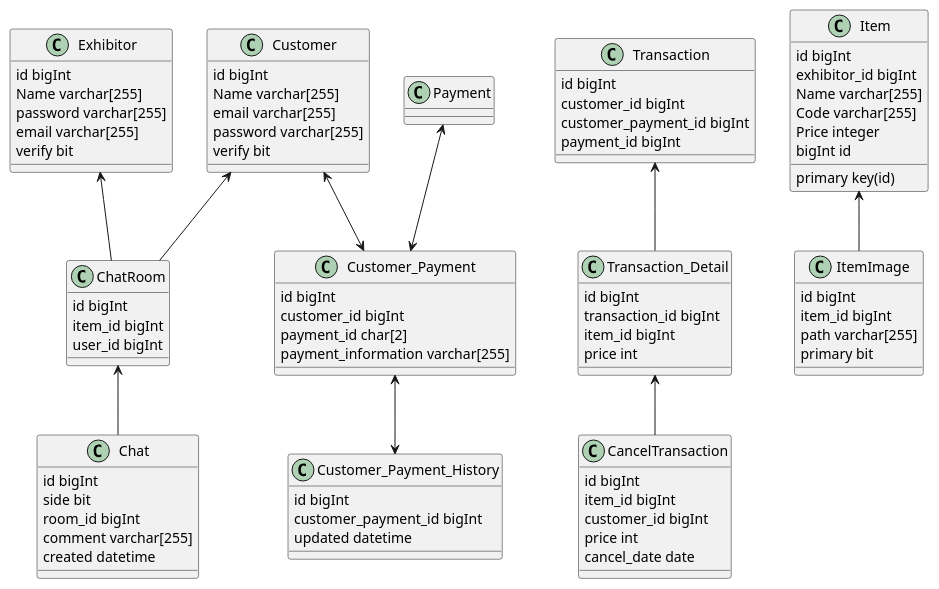
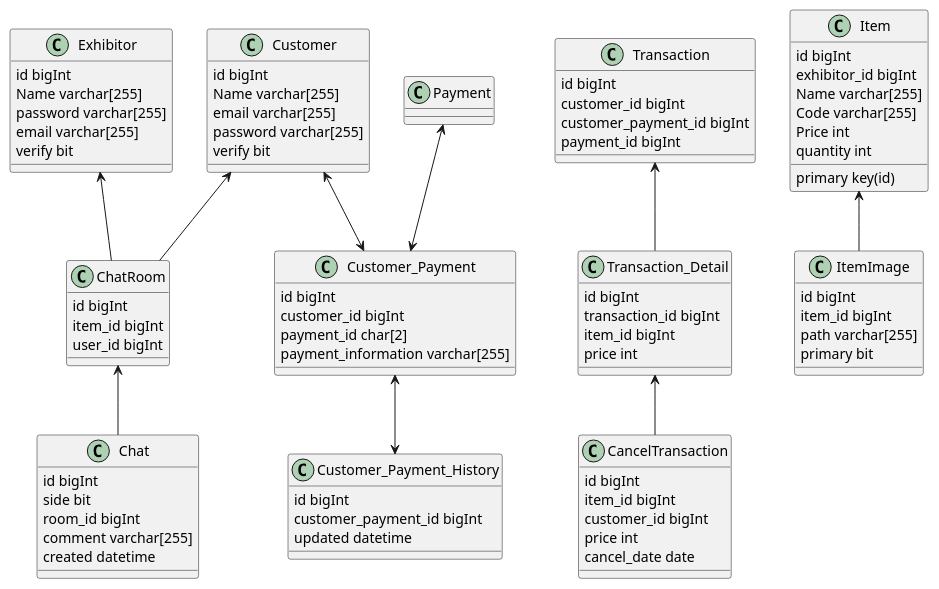
Before and after one commit to masamiShim/ec: the diagram in doc/data.puml, drawn with PlantUML. The commit also changed 1 other file, not shown here.

```diff
--- a/doc/data.puml
+++ b/doc/data.puml
@@ -1,97 +1,97 @@
 @startuml
 
 class Exhibitor {
 id bigInt
 Name varchar[255]
 password varchar[255]
 email varchar[255]
 verify bit
 }
 
 class Customer {
 id bigInt
 Name varchar[255]
 email varchar[255]
 password varchar[255]
 verify bit
 }
 
 class Customer_Payment {
 id bigInt
 customer_id bigInt
 payment_id char[2]
 payment_information varchar[255]
 }
 
 class Customer_Payment_History {
 id bigInt
 customer_payment_id bigInt
 updated datetime
 }
 
 Customer_Payment <--> Customer_Payment_History
 Payment <--> Customer_Payment
 Customer <--> Customer_Payment
 
 class Transaction {
  id bigInt
  customer_id bigInt
  customer_payment_id bigInt
  payment_id bigInt
 }
 
 class Transaction_Detail {
  id bigInt
  transaction_id bigInt
  item_id bigInt
  price int
 }
 
 Transaction <-- Transaction_Detail
 Transaction_Detail <-- CancelTransaction
 class CancelTransaction {
  id bigInt
  item_id bigInt
  customer_id bigInt
  price int
  cancel_date date
 }
 
 class Item {
 id bigInt
 exhibitor_id bigInt
 Name varchar[255]
 Code varchar[255]
-Price integer
-bigInt id
+Price int
+quantity int
 primary key(id)
 }
 
 class ItemImage {
 id bigInt
 item_id bigInt
 path varchar[255]
 primary bit
 }
 
 Item <-- ItemImage
 
 class ChatRoom {
   id bigInt
   item_id bigInt
   user_id bigInt
 }
 Exhibitor <-- ChatRoom
 Customer <-- ChatRoom
 
 class Chat {
   id bigInt
   side bit
   room_id bigInt
   comment varchar[255]
   created datetime
 }
 
 ChatRoom <-- Chat
 
 @enduml
```
